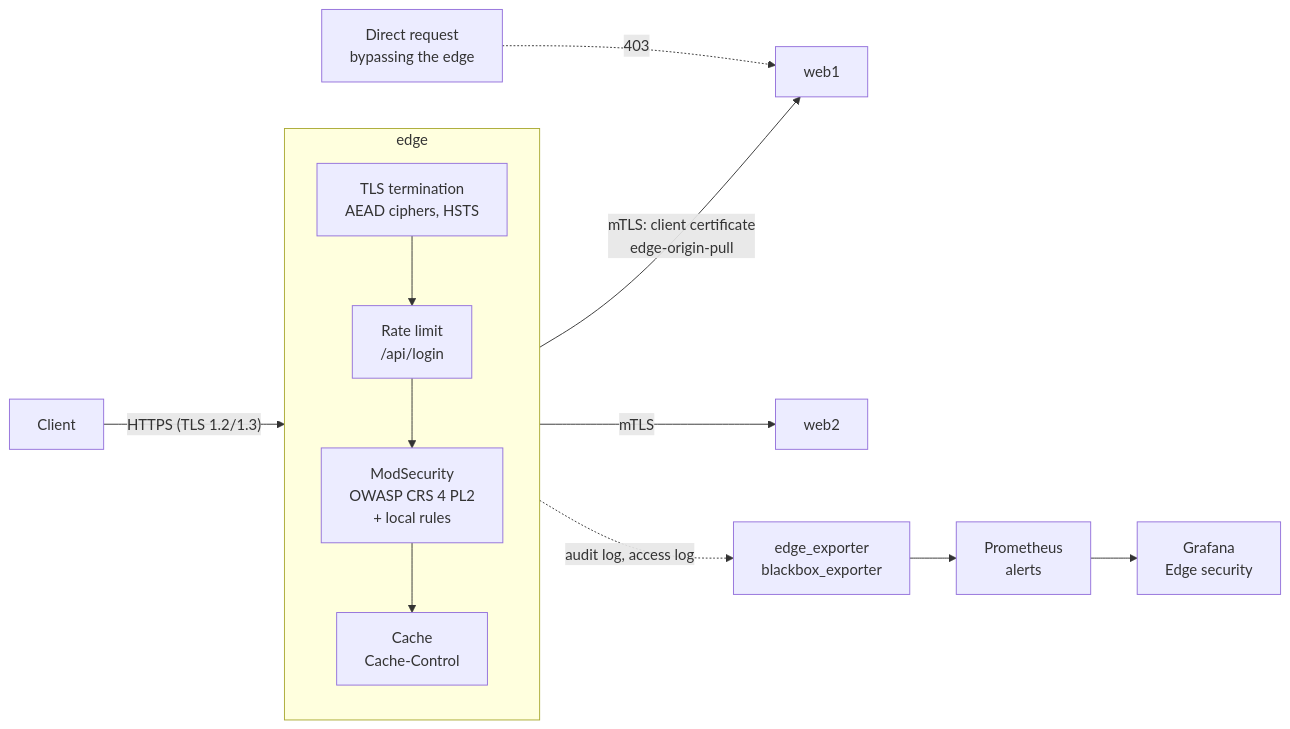
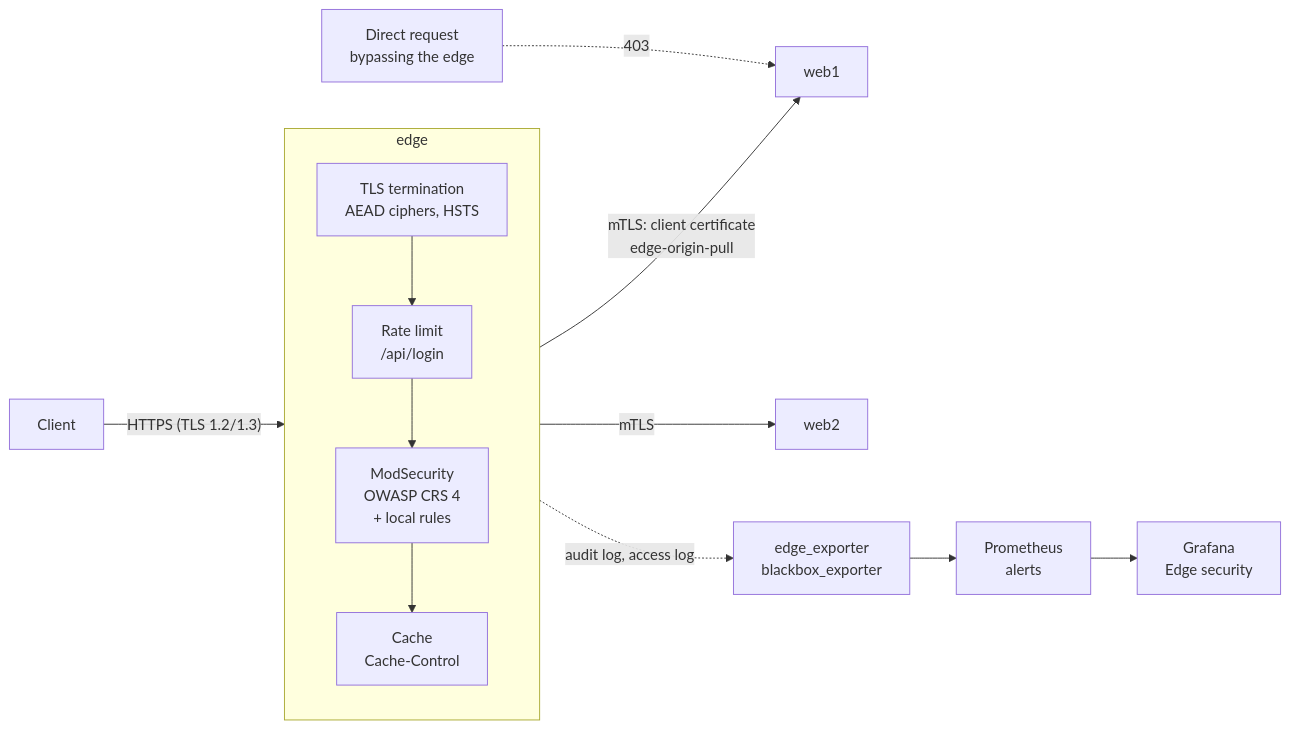
One commit to ahmedbmohamed/infra-observability-lab changed the diagram in docs/edge-security.md. Above: the diagram before and after it, drawn with Mermaid. The commit also changed other lines of this file and 1 other file, not shown here.

````diff
--- a/docs/edge-security.md
+++ b/docs/edge-security.md
@@ -8,18 +8,18 @@
 ```mermaid
 flowchart LR
     C[Client] -- "HTTPS (TLS 1.2/1.3)" --> E
 
     subgraph E[edge]
         direction TB
         T[TLS termination<br/>AEAD ciphers, HSTS] --> R[Rate limit<br/>/api/login]
-        R --> W[ModSecurity<br/>OWASP CRS 4 PL2<br/>+ local rules]
+        R --> W[ModSecurity<br/>OWASP CRS 4<br/>+ local rules]
         W --> K[Cache<br/>Cache-Control]
     end
 
     K -- "mTLS: client certificate<br/>edge-origin-pull" --> O1[web1]
     K -- mTLS --> O2[web2]
     X[Direct request<br/>bypassing the edge] -. 403 .-> O1
 
     E -. audit log, access log .-> M[edge_exporter<br/>blackbox_exporter]
     M --> P[Prometheus<br/>alerts] --> G[Grafana<br/>Edge security]
 ```
````
